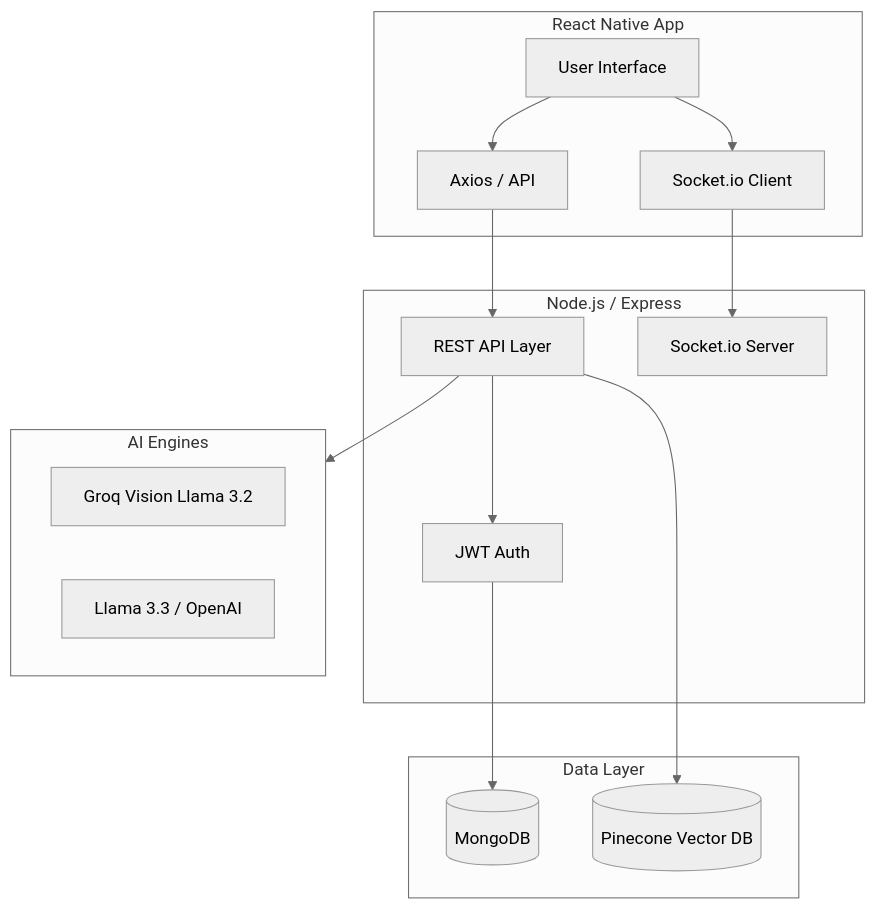
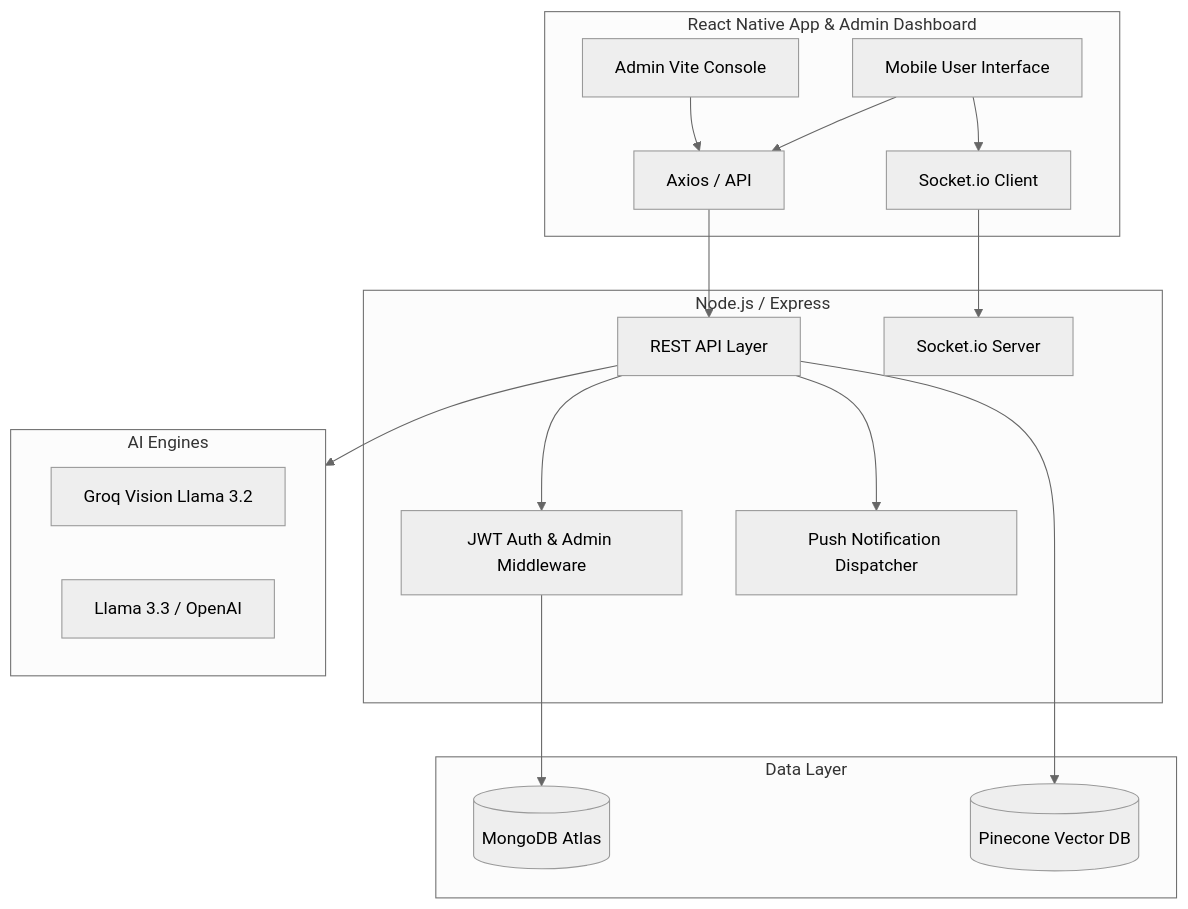
One commit to khemanth11/BookingMate changed the diagram in README.md. Above: the diagram before and after it, drawn with Mermaid (neutral theme). The commit also changed other lines of this file, not shown here.

Commit message:
README with new admin panels, kyc, payouts, and testing guidelines

````diff
--- a/README.md
+++ b/README.md
@@ -41,33 +68,37 @@
 ```mermaid
 graph TD
-    subgraph Client [React Native App]
-        UI[User Interface]
+    subgraph Client [React Native App & Admin Dashboard]
+        UI[Mobile User Interface]
+        ADM[Admin Vite Console]
         SC[Socket.io Client]
         AX[Axios / API]
     end
 
     subgraph Server [Node.js / Express]
         API[REST API Layer]
         SO[Socket.io Server]
-        Auth[JWT Auth]
+        Auth[JWT Auth & Admin Middleware]
+        Utils[Push Notification Dispatcher]
     end
 
     subgraph Data [Data Layer]
-        MDB[(MongoDB)]
+        MDB[(MongoDB Atlas)]
         PC[(Pinecone Vector DB)]
     end
 
     subgraph AI [AI Engines]
         GV[Groq Vision Llama 3.2]
         LLM[Llama 3.3 / OpenAI]
     end
 
     UI --> AX
+    ADM --> AX
     AX --> API
     API --> Auth
     Auth --> MDB
     API --> PC
     API --> AI
+    API --> Utils
     UI --> SC
     SC --> SO
 ```
````
